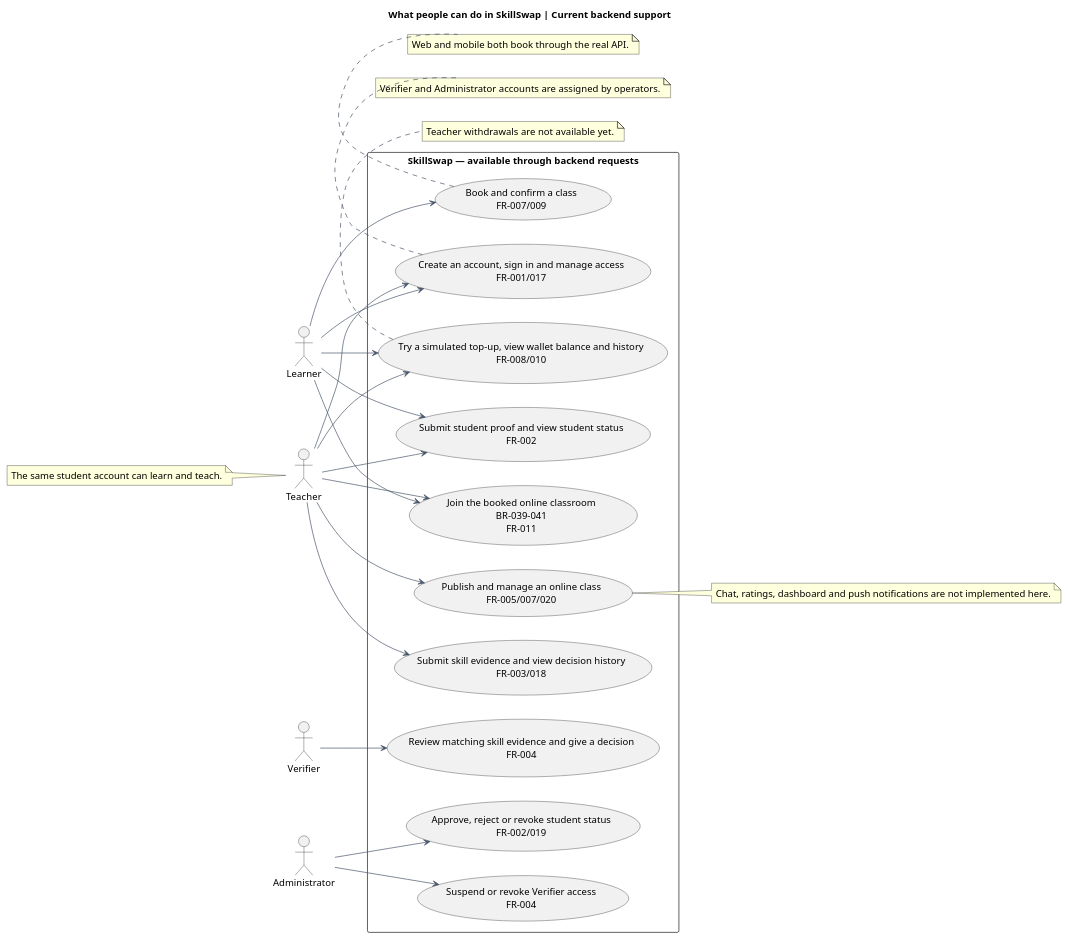
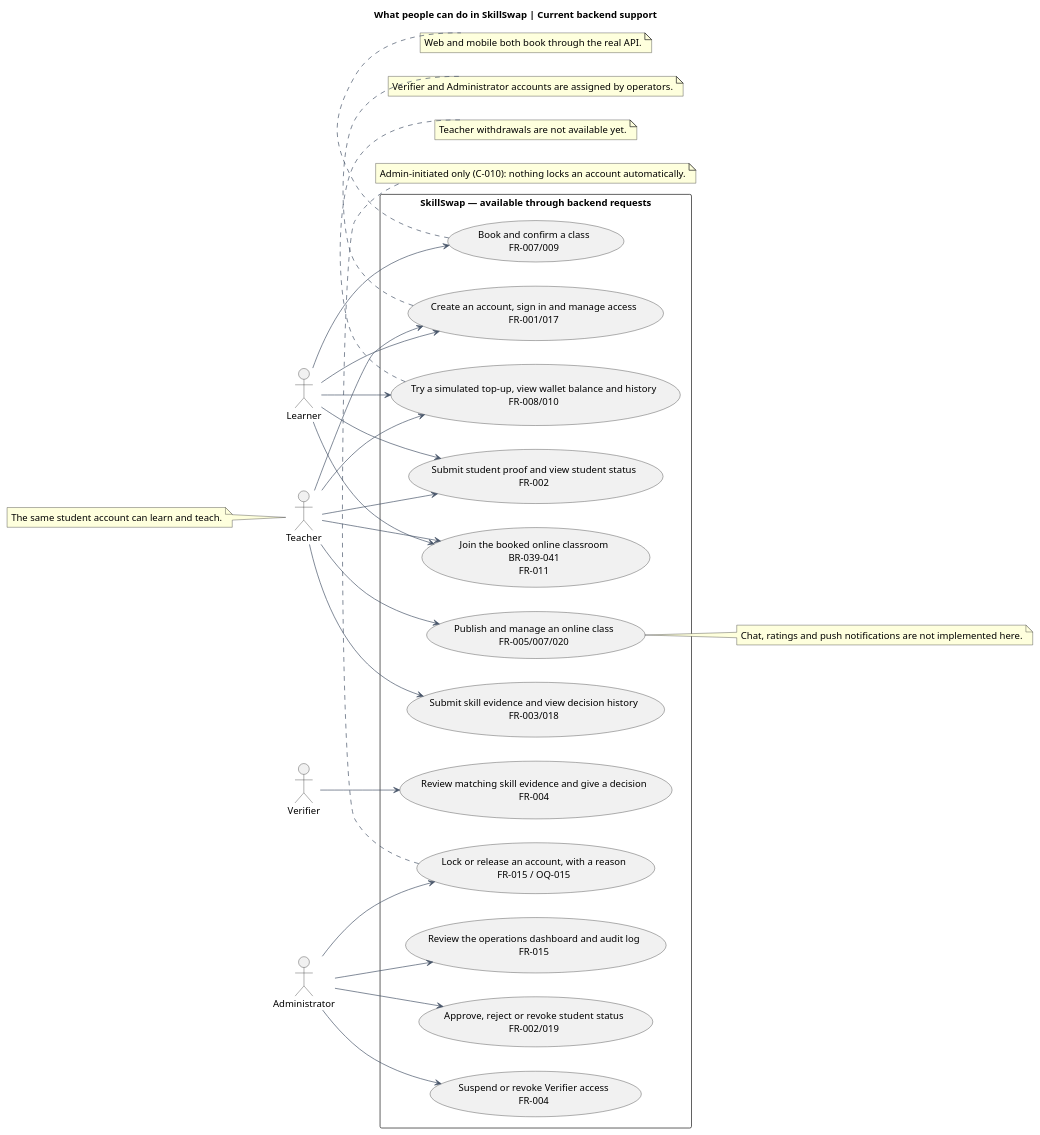
The diagram in docs/diagrams/checkpoint/source/use-cases.puml (trankien022/SkillSwap), drawn with PlantUML before and after one commit. The commit also changed 296 other files, not shown here.

```diff
--- a/docs/diagrams/checkpoint/source/use-cases.puml
+++ b/docs/diagrams/checkpoint/source/use-cases.puml
@@ -1,50 +1,55 @@
 @startuml
 title What people can do in SkillSwap | Current backend support
 skinparam backgroundColor #FFFFFF
 skinparam shadowing false
 skinparam defaultFontName Arial
 skinparam defaultFontSize 14
 skinparam ArrowColor #475569
 skinparam sequenceParticipantBackgroundColor #F1F5F9
 skinparam sequenceParticipantBorderColor #475569
 skinparam activityBackgroundColor #F1F5F9
 skinparam activityBorderColor #475569
 skinparam stateBackgroundColor #F1F5F9
 skinparam stateBorderColor #475569
 left to right direction
 actor "Learner" as L
 actor "Teacher" as T
 actor "Verifier" as V
 actor "Administrator" as A
 rectangle "SkillSwap — available through backend requests" {
  usecase "Create an account, sign in and manage access\nFR-001/017" as AUTH
  usecase "Submit student proof and view student status\nFR-002" as STUDENT
  usecase "Approve, reject or revoke student status\nFR-002/019" as REVIEW
  usecase "Submit skill evidence and view decision history\nFR-003/018" as EVIDENCE
  usecase "Review matching skill evidence and give a decision\nFR-004" as SKILL
  usecase "Publish and manage an online class\nFR-005/007/020" as CLASS
  usecase "Book and confirm a class\nFR-007/009" as BOOK
  usecase "Try a simulated top-up, view wallet balance and history\nFR-008/010" as WALLET
  usecase "Join the booked online classroom\nBR-039–041\nFR-011" as ROOM
  usecase "Suspend or revoke Verifier access\nFR-004" as VERIFIER
+ usecase "Review the operations dashboard and audit log\nFR-015" as DASH
+ usecase "Lock or release an account, with a reason\nFR-015 / OQ-015" as LOCK
 }
 L --> AUTH
 T --> AUTH
 L --> STUDENT
 T --> STUDENT
 A --> REVIEW
 T --> EVIDENCE
 V --> SKILL
 T --> CLASS
 L --> BOOK
 L --> WALLET
 T --> WALLET
 L --> ROOM
 T --> ROOM
 A --> VERIFIER
+A --> DASH
+A --> LOCK
+note bottom of LOCK: Admin-initiated only (C-010): nothing locks an account automatically.
 note bottom of BOOK: Web and mobile both book through the real API.
 note bottom of AUTH: Verifier and Administrator accounts are assigned by operators.
 note bottom of WALLET: Teacher withdrawals are not available yet.
 note left of T: The same student account can learn and teach.
-note right of CLASS: Chat, ratings, dashboard and push notifications are not implemented here.
+note right of CLASS: Chat, ratings and push notifications are not implemented here.
 @enduml
```
